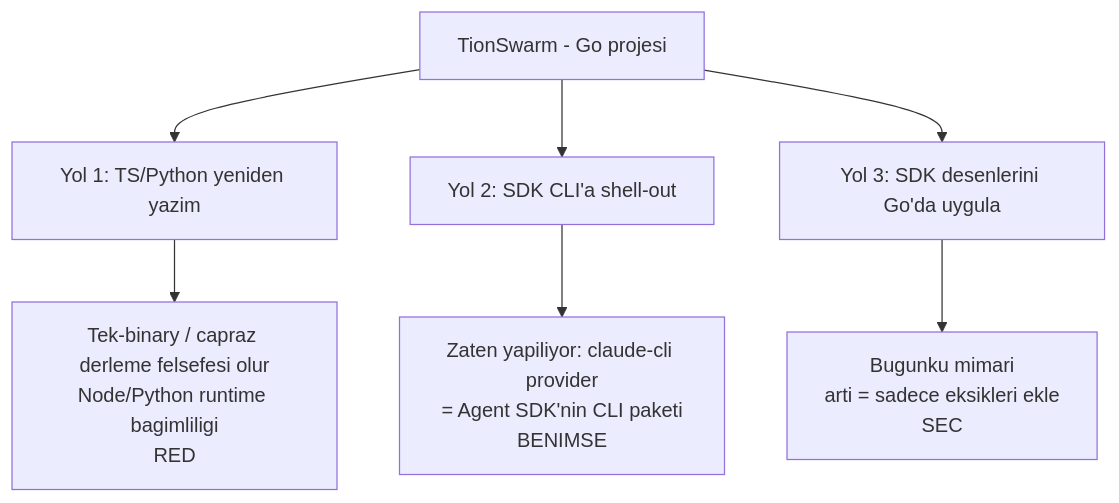
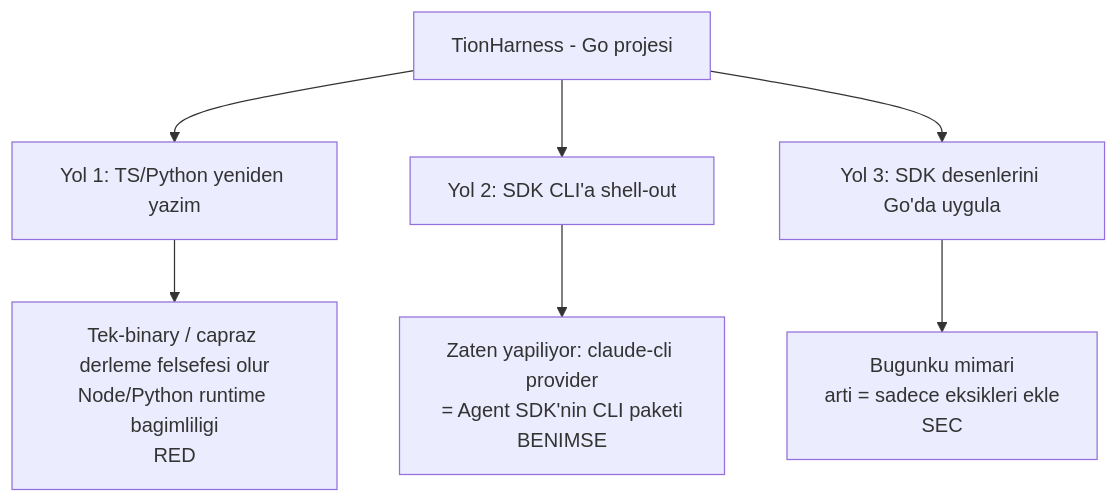
One commit to bilal-arikan/tionharness changed the diagram in _Docs/09-CLAUDE-AGENT-SDK.md. Above: the diagram before and after it, drawn with Mermaid. The commit also changed other lines of this file and 831 other files, not shown here.

First line of the commit message:
rename: TionSwarm -> TionHarness across the whole project

````diff
--- a/_Docs/09-CLAUDE-AGENT-SDK.md
+++ b/_Docs/09-CLAUDE-AGENT-SDK.md
@@ -42,9 +42,9 @@
 ```mermaid
 graph TD
-    A[TionSwarm - Go projesi] --> B[Yol 1: TS/Python yeniden yazim]
+    A[TionHarness - Go projesi] --> B[Yol 1: TS/Python yeniden yazim]
     A --> C[Yol 2: SDK CLI'a shell-out]
     A --> D[Yol 3: SDK desenlerini Go'da uygula]
     B --> B1[Tek-binary / capraz derleme felsefesi olur<br/>Node/Python runtime bagimliligi<br/>RED]
     C --> C1[Zaten yapiliyor: claude-cli provider<br/>= Agent SDK'nin CLI paketi<br/>BENIMSE]
     D --> D1[Bugunku mimari<br/>arti = sadece eksikleri ekle<br/>SEC]
 ```
````
